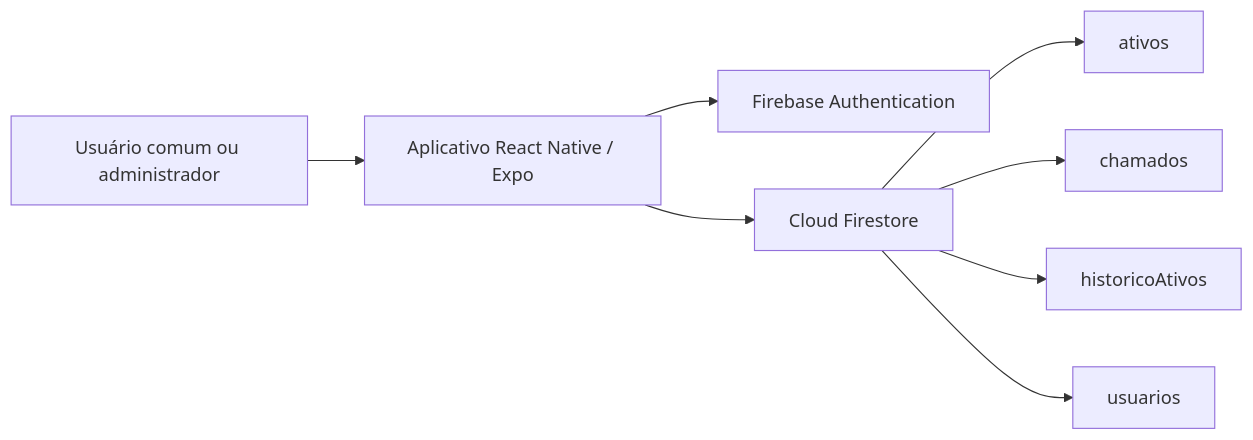
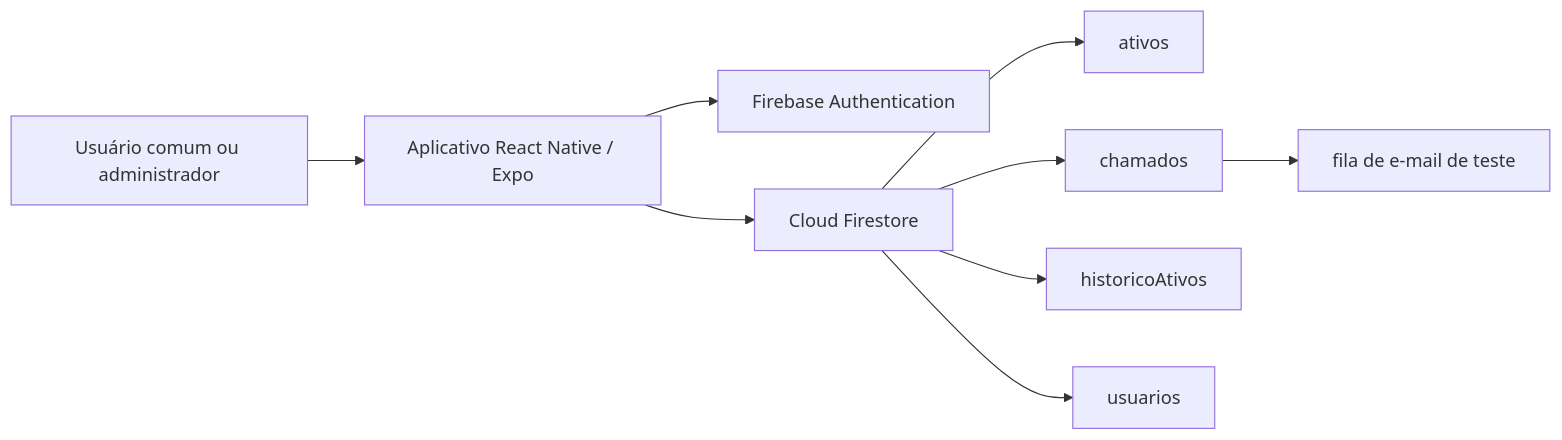
One commit to rafinhagoiss/ibametro-2.0 changed the diagram in docs/TCC.md. Above: the diagram before and after it, drawn with Mermaid. The commit also changed other lines of this file and 11 other files, not shown here.

````diff
--- a/docs/TCC.md
+++ b/docs/TCC.md
@@ -13,10 +13,11 @@
 ```mermaid
 flowchart LR
   U["Usuário comum ou administrador"] --> A["Aplicativo React Native / Expo"]
   A --> AU["Firebase Authentication"]
   A --> F["Cloud Firestore"]
   F --> AT["ativos"]
   F --> CH["chamados"]
   F --> HI["historicoAtivos"]
   F --> US["usuarios"]
+  CH --> ED["fila de e-mail de teste"]
 ```
````
